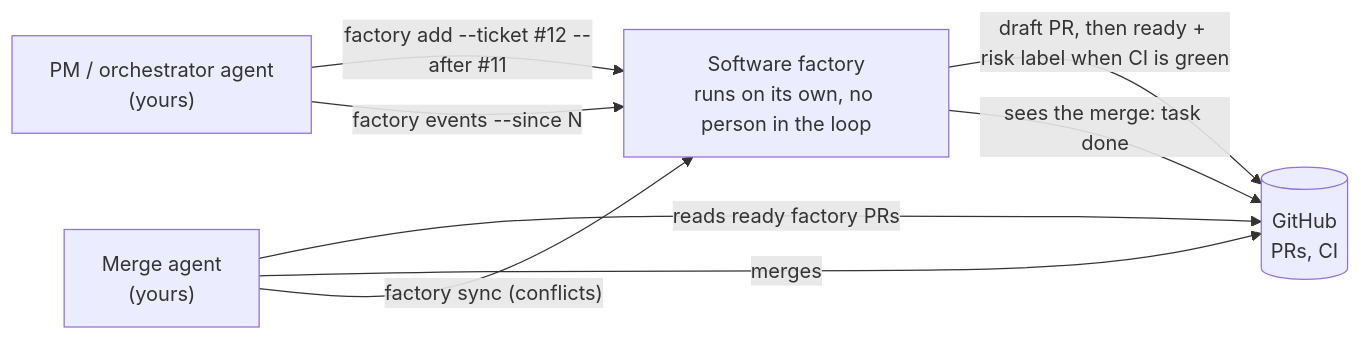
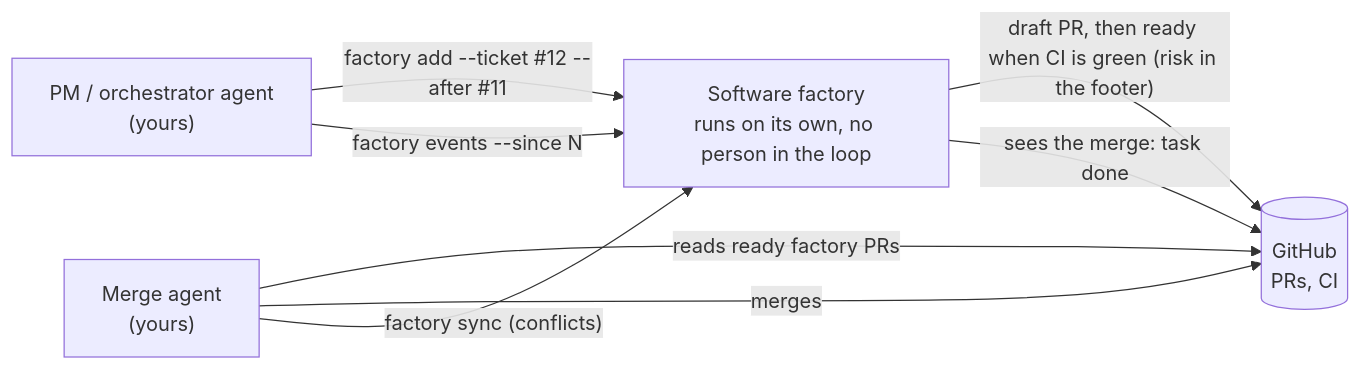
One commit to s-palmer/software-factory changed the diagram in docs/INTERFACE.md. Above: the diagram before and after it, drawn with Mermaid. The commit also changed other lines of this file and 22 other files, not shown here.

````diff
--- a/docs/INTERFACE.md
+++ b/docs/INTERFACE.md
@@ -7,15 +7,15 @@
 ```mermaid
 flowchart LR
     PM["PM / orchestrator agent<br/>(yours)"]
     F["Software factory<br/>runs on its own, no person in the loop"]
     GH[("GitHub<br/>PRs, CI")]
     M["Merge agent<br/>(yours)"]
 
     PM -- "factory add --ticket #12 --after #11" --> F
     PM -- "factory events --since N" --> F
-    F -- "draft PR, then ready + risk label when CI is green" --> GH
+    F -- "draft PR, then ready when CI is green (risk in the footer)" --> GH
     M -- "reads ready factory PRs" --> GH
     M -- "merges" --> GH
     M -- "factory sync <task> (conflicts)" --> F
     F -- "sees the merge: task done" --> GH
 ```
````
